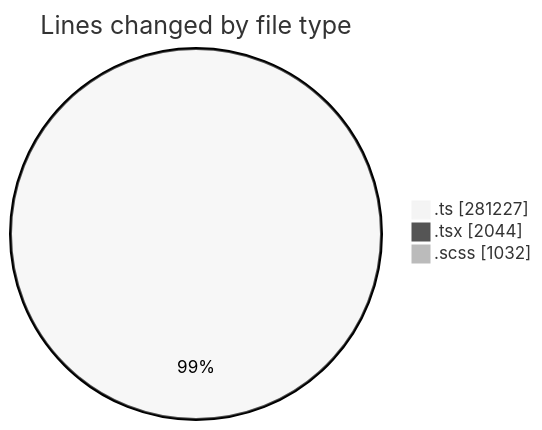
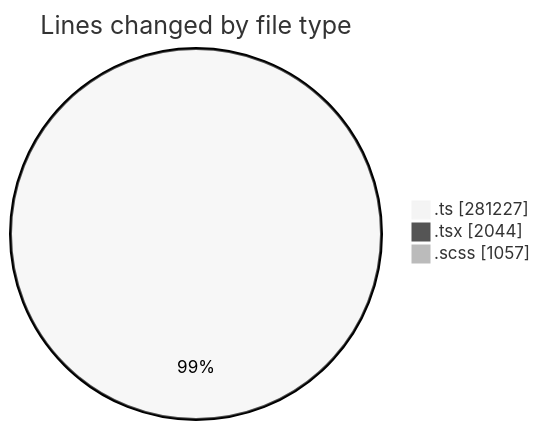
Before and after one commit to momahboobian/code-tracking: the first of 2 diagrams in 2025-08-22/cda/README.md, drawn with Mermaid (neutral theme). The commit also changed other lines of this file and 1 other file, not shown here.

````diff
--- a/2025-08-22/cda/README.md
+++ b/2025-08-22/cda/README.md
@@ -43,7 +43,7 @@
 ```mermaid
 pie showData
 title Lines changed by file type
 ".ts" : 281227
 ".tsx" : 2044
-".scss" : 1032
+".scss" : 1057
 ```
````
